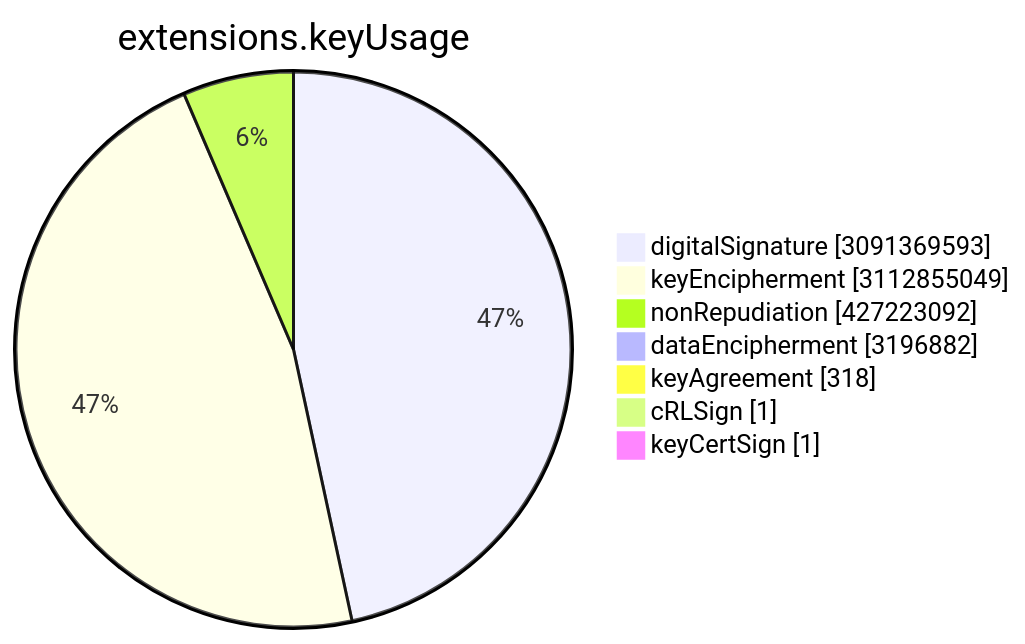
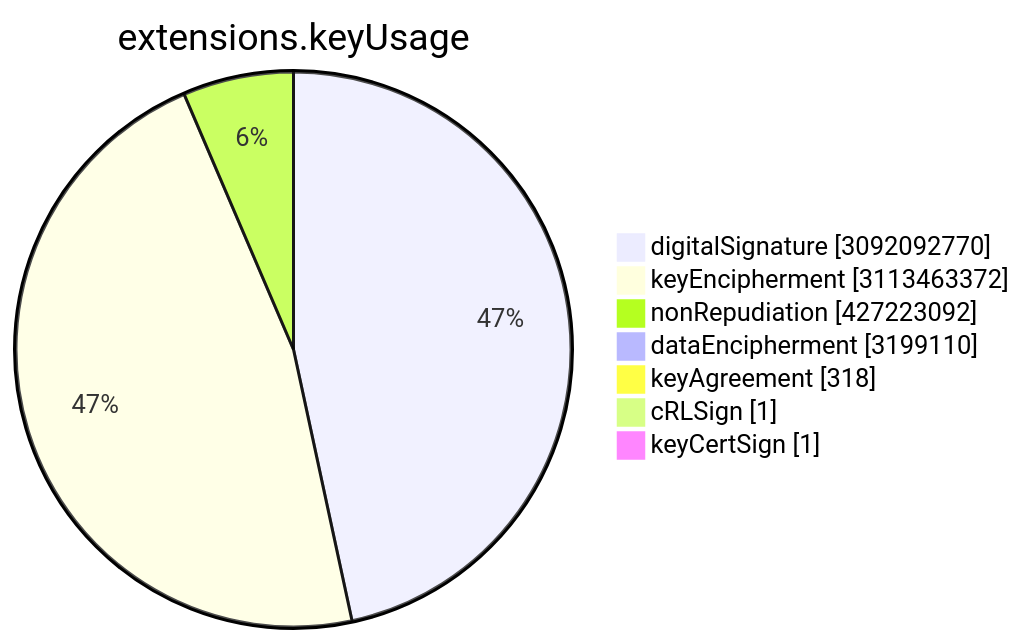
One commit to christiankrug/ctmonitor_visualization changed the sixth of 15 diagrams in TOTAL/README.md. Above: the diagram before and after it, drawn with Mermaid. The commit also changed other lines of this file, not shown here.

````diff
--- a/TOTAL/README.md
+++ b/TOTAL/README.md
@@ -3075,11 +3075,11 @@
 ```mermaid
 pie showData
 title extensions.keyUsage
-"digitalSignature" :3091369593
-"keyEncipherment" :3112855049
+"digitalSignature" :3092092770
+"keyEncipherment" :3113463372
 "nonRepudiation" :427223092
-"dataEncipherment" :3196882
+"dataEncipherment" :3199110
 "keyAgreement" :318
 "cRLSign" :1
 "keyCertSign" :1
 ```
````
